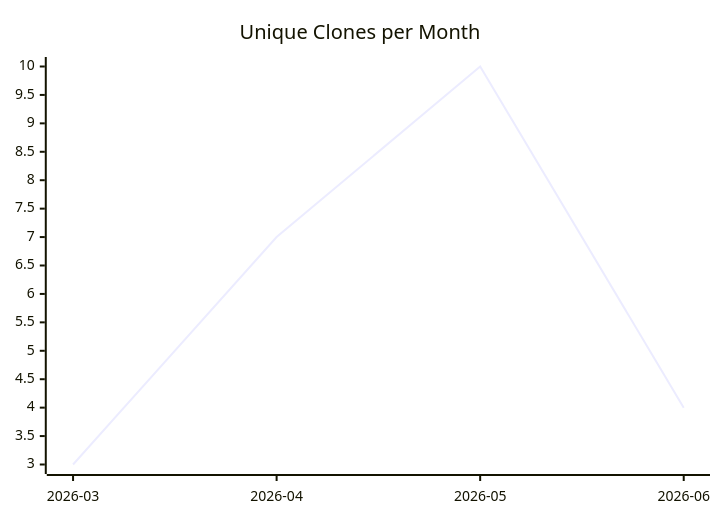
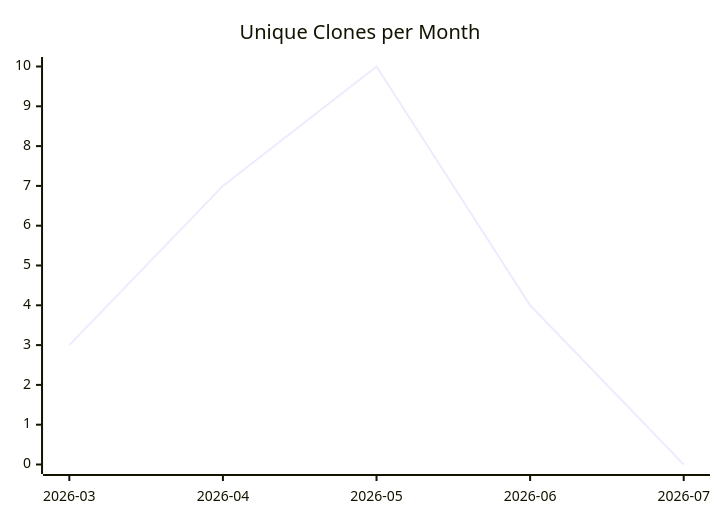
The third of 3 diagrams in karlmdavis/test-repo-for-move/README.md (justdavis-family/github-analytics-data), drawn with Mermaid before and after one commit. The commit also changed other lines of this file and 199 other files, not shown here.

````diff
--- a/karlmdavis/test-repo-for-move/README.md
+++ b/karlmdavis/test-repo-for-move/README.md
@@ -19,6 +19,6 @@
 ```mermaid
 xychart-beta
   title "Unique Clones per Month"
-  x-axis ["2026-03", "2026-04", "2026-05", "2026-06"]
-  line [3, 7, 10, 4]
+  x-axis ["2026-03", "2026-04", "2026-05", "2026-06", "2026-07"]
+  line [3, 7, 10, 4, 0]
 ```
````
